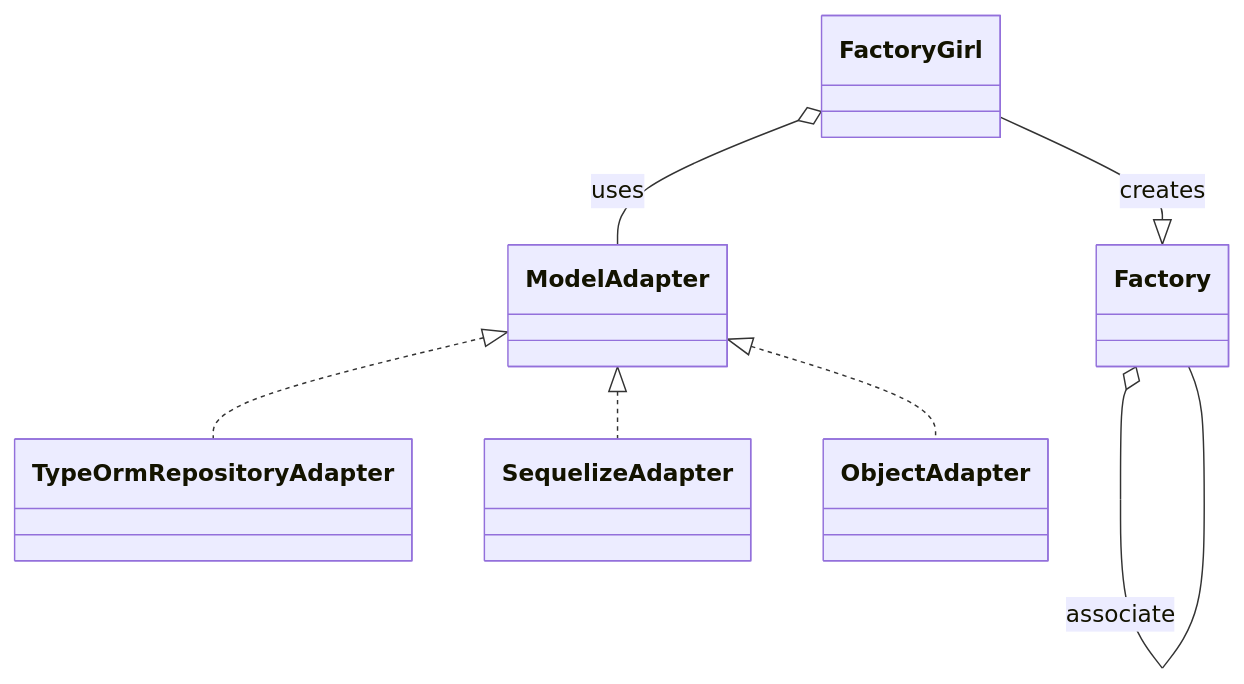
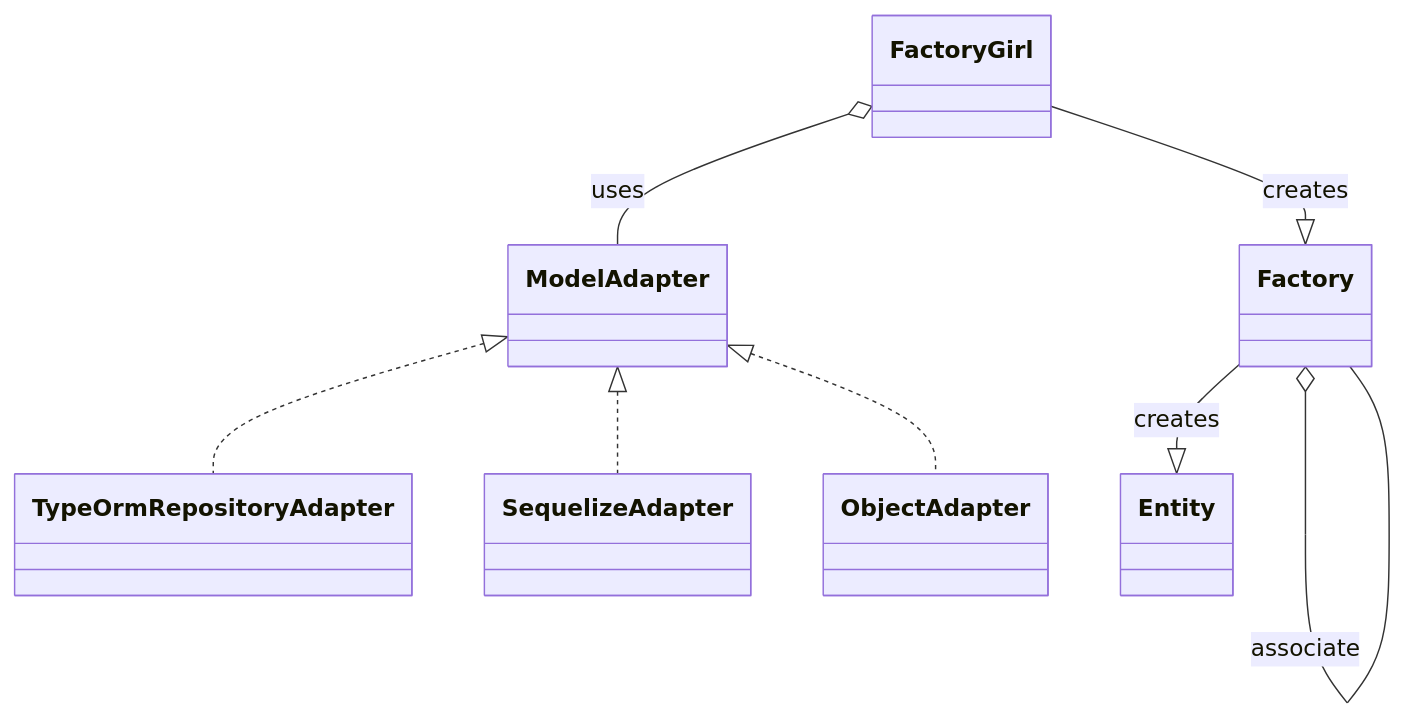
One commit to thiagomini/factory-girl-ts changed the diagram in readme.md. Above: the diagram before and after it, drawn with Mermaid.

Commit message:
docs: add entity to class diagram

````diff
--- a/readme.md
+++ b/readme.md
@@ -26,9 +26,11 @@
 ```mermaid
 classDiagram
     FactoryGirl --|> Factory : creates
     ModelAdapter <|.. TypeOrmRepositoryAdapter
     ModelAdapter <|.. SequelizeAdapter
     ModelAdapter <|.. ObjectAdapter
     FactoryGirl o-- ModelAdapter : uses
     Factory o-- Factory : associate
+    Factory --|> Entity : creates
+
 ```
````
